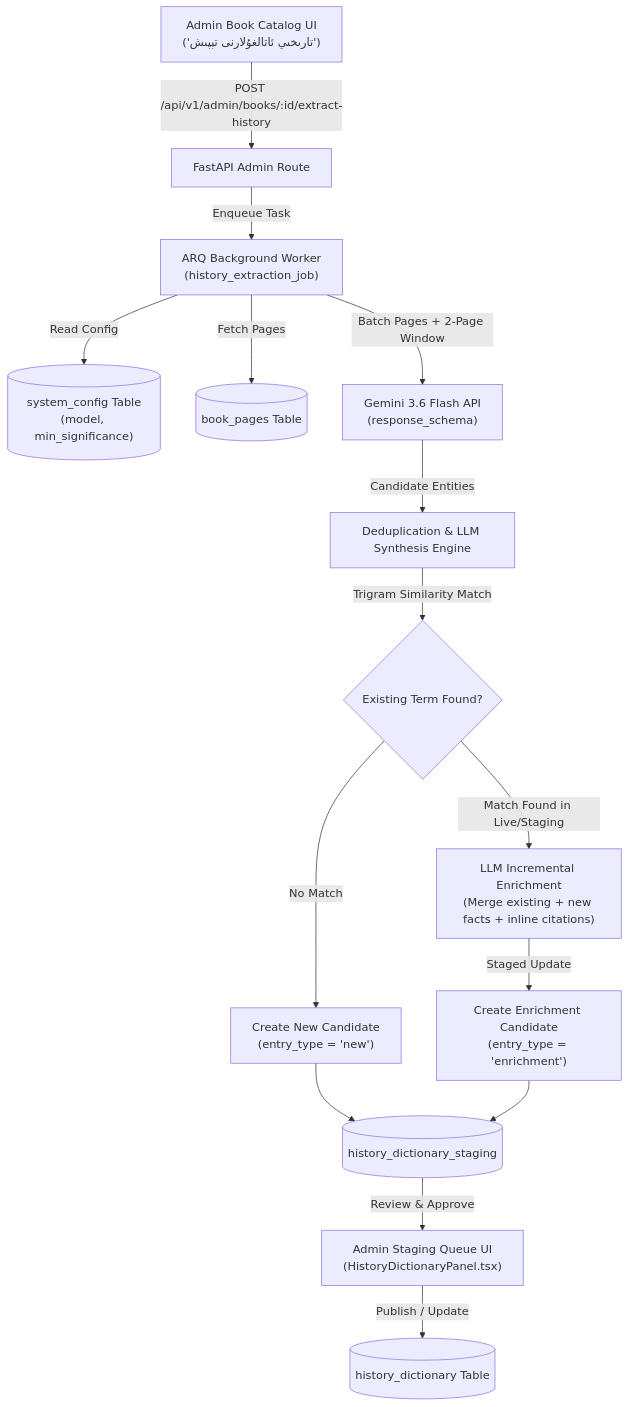
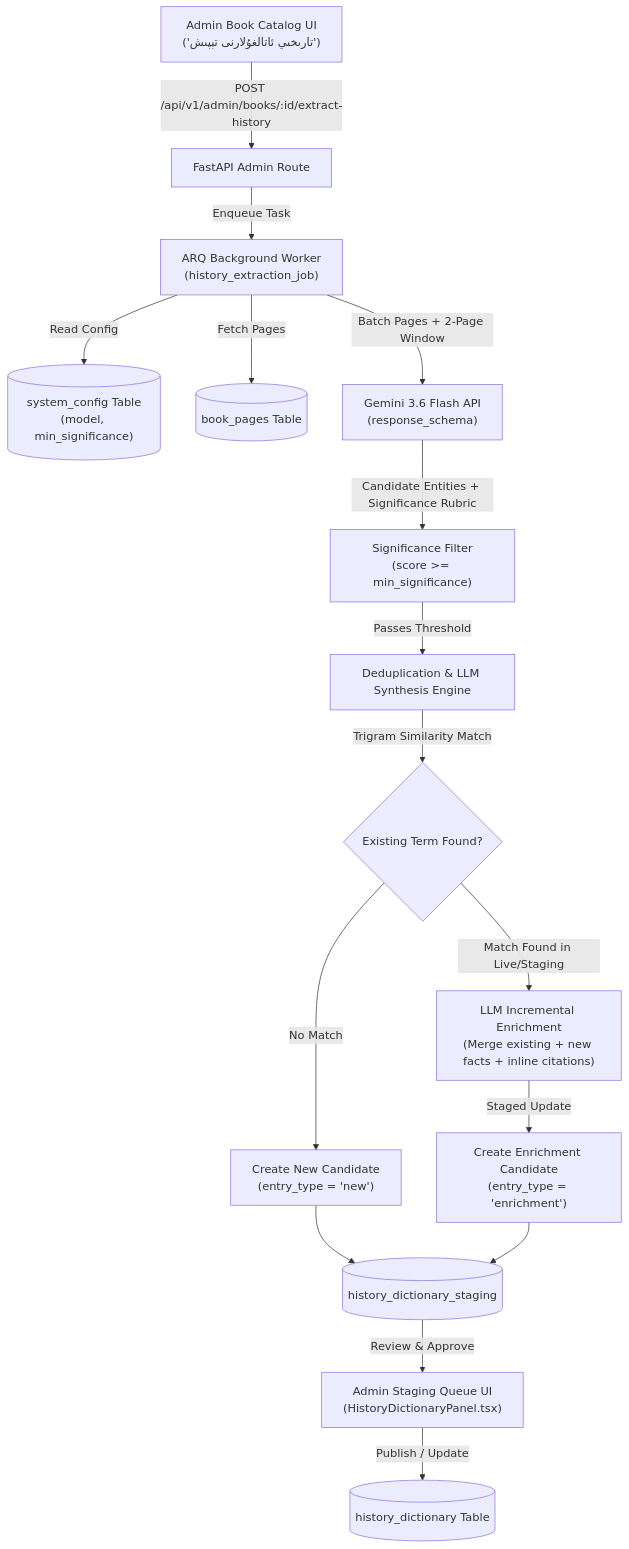
One commit to Kitabim-AI/kitabim-ai changed the diagram in docs/claude/graph-rag-gds-branch-wjqwe0/specs/2026-08-02-uyghur-history-dictionary-extraction-design.md. Above: the diagram before and after it, drawn with Mermaid. The commit also changed other lines of this file, not shown here.

Commit message:
docs: add 4-tier significance rubric and rationale tracking to history extraction spec

````diff
--- a/docs/claude/graph-rag-gds-branch-wjqwe0/specs/2026-08-02-uyghur-history-dictionary-extraction-design.md
+++ b/docs/claude/graph-rag-gds-branch-wjqwe0/specs/2026-08-02-uyghur-history-dictionary-extraction-design.md
@@ -30,24 +30,26 @@
 ```mermaid
 flowchart TD
     AdminBookCatalog["Admin Book Catalog UI\n('تارىخىي ئاتالغۇلارنى تېپىش')"] -->|POST /api/v1/admin/books/:id/extract-history| FastAPIEndpoint["FastAPI Admin Route"]
     FastAPIEndpoint -->|Enqueue Task| ARQWorker["ARQ Background Worker\n(history_extraction_job)"]
     
     ARQWorker -->|Read Config| SystemConfig[("system_config Table\n(model, min_significance)")]
     ARQWorker -->|Fetch Pages| BookPages[("book_pages Table")]
     
     ARQWorker -->|Batch Pages + 2-Page Window| GeminiClient["Gemini 3.6 Flash API\n(response_schema)"]
     
-    GeminiClient -->|Candidate Entities| DeduplicationEngine["Deduplication & LLM Synthesis Engine"]
+    GeminiClient -->|Candidate Entities + Significance Rubric| SignificanceFilter["Significance Filter\n(score >= min_significance)"]
+    SignificanceFilter -->|Passes Threshold| DeduplicationEngine["Deduplication & LLM Synthesis Engine"]
+    
     DeduplicationEngine -->|Trigram Similarity Match| DBCheck{Existing Term Found?}
     
     DBCheck -->|No Match| NewStaging["Create New Candidate\n(entry_type = 'new')"]
     DBCheck -->|Match Found in Live/Staging| EnrichmentSynthesizer["LLM Incremental Enrichment\n(Merge existing + new facts + inline citations)"]
     
     EnrichmentSynthesizer -->|Staged Update| EnrichmentStaging["Create Enrichment Candidate\n(entry_type = 'enrichment')"]
     
     NewStaging --> HistoryStaging[("history_dictionary_staging")]
     EnrichmentStaging --> HistoryStaging
     
     HistoryStaging -->|Review & Approve| AdminStagingUI["Admin Staging Queue UI\n(HistoryDictionaryPanel.tsx)"]
     AdminStagingUI -->|Publish / Update| HistoryDict[("history_dictionary Table")]
 ```
````
